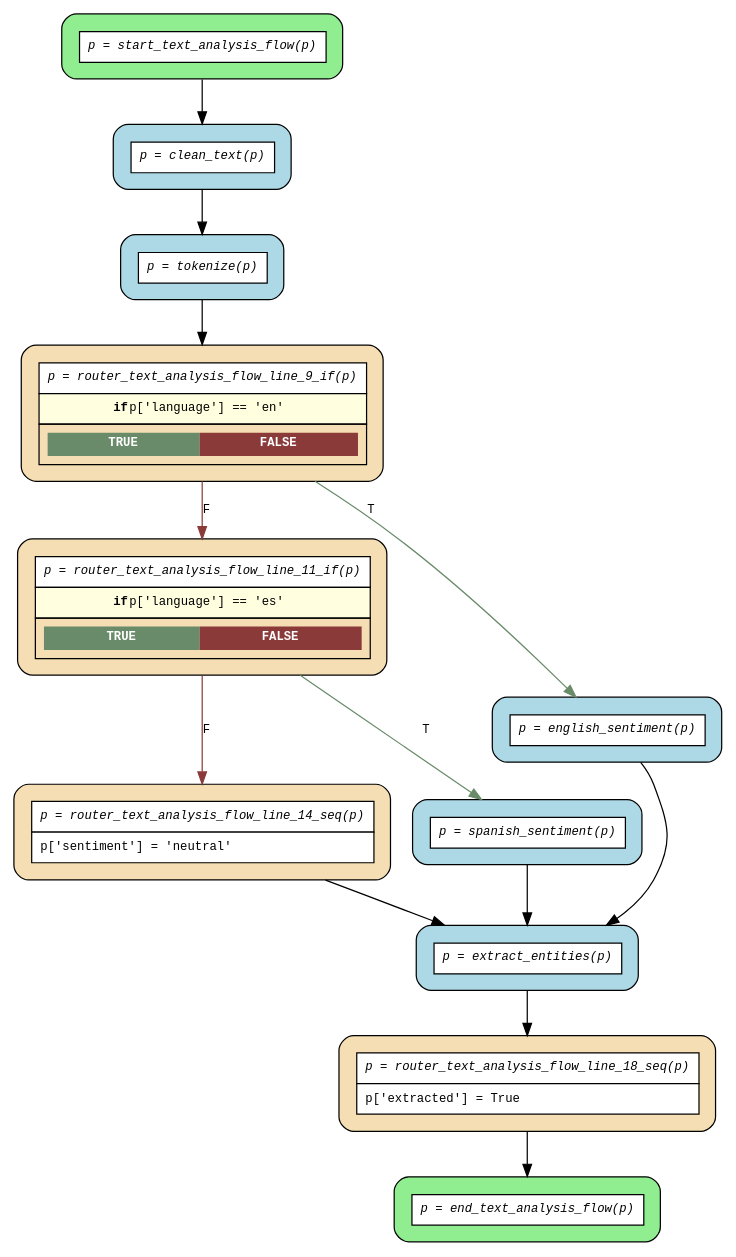
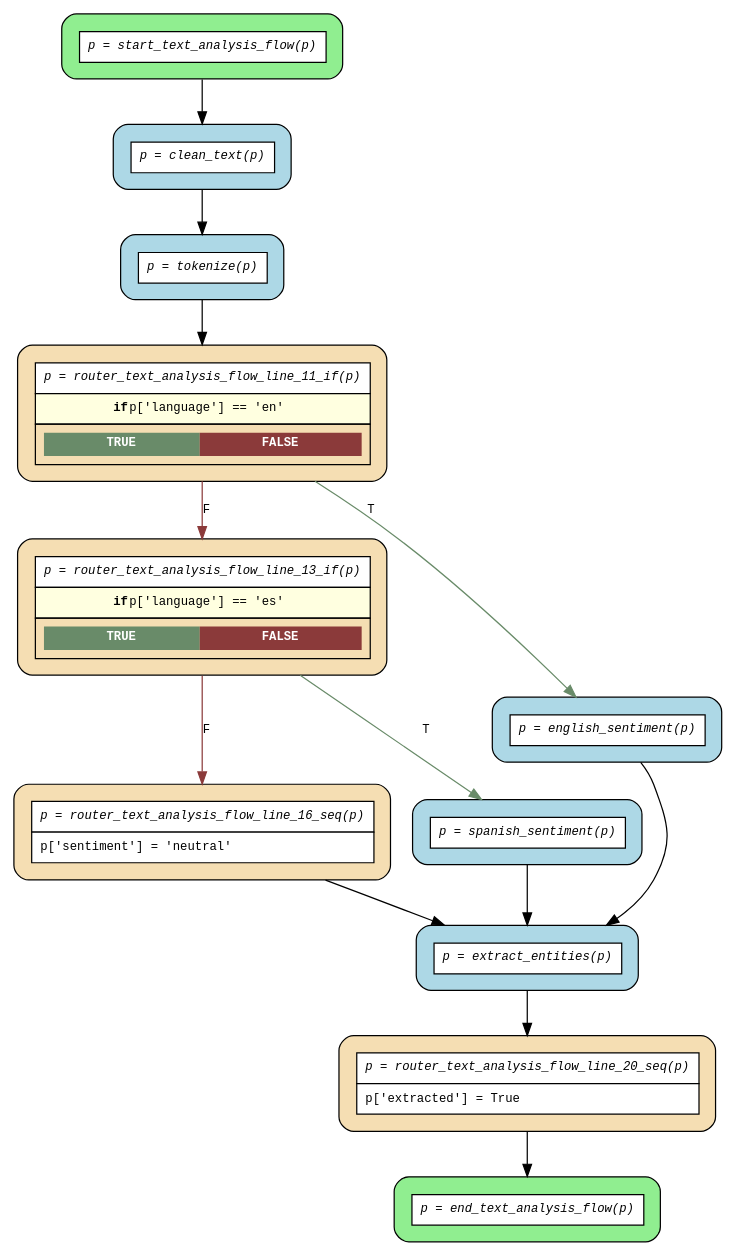
One commit to deliveryhero/asya changed the diagram in docs/img/flows/compiled/text_analysis_flow/flow.dot. Above: the diagram before and after it, drawn with Graphviz. The commit also changed 9 other files, not shown here.

```diff
--- a/docs/img/flows/compiled/text_analysis_flow/flow.dot
+++ b/docs/img/flows/compiled/text_analysis_flow/flow.dot
@@ -1,31 +1,31 @@
 digraph flow {
   rankdir=TB;
   graph [fontname="Courier", fontsize=10];
   node [fontname="Courier", fontsize=10, shape=box, style="filled,rounded", margin="0.2"];
   edge [fontname="Courier", fontsize=10];
 
   start_text_analysis_flow [fillcolor="lightgreen", group="main", label=<<table border="0" cellspacing="0" cellpadding="6" cellborder="1"><tr><td bgcolor="white" align="center"><i>p = start_text_analysis_flow(p)</i></td></tr></table>>];
-  router_text_analysis_flow_line_14_seq [fillcolor="wheat", group="main", label=<<table border="0" cellspacing="0" cellpadding="6" cellborder="1"><tr><td bgcolor="white" align="center"><i>p = router_text_analysis_flow_line_14_seq(p)</i></td></tr><tr><td bgcolor="white" align="left">p['sentiment'] = 'neutral'</td></tr></table>>];
-  router_text_analysis_flow_line_11_if [fillcolor="wheat", group="main", label=<<table border="0" cellspacing="0" cellpadding="6" cellborder="1"><tr><td bgcolor="white" align="center"><i>p = router_text_analysis_flow_line_11_if(p)</i></td></tr><tr><td bgcolor="lightyellow"><b>if</b> p['language'] == 'es'</td></tr><tr><td><table border="0" cellspacing="0" cellpadding="4"><tr><td bgcolor="darkseagreen4"><font color="white"><b>TRUE</b></font></td><td bgcolor="indianred4"><font color="white"><b>FALSE</b></font></td></tr></table></td></tr></table>>];
-  router_text_analysis_flow_line_18_seq [fillcolor="wheat", group="main", label=<<table border="0" cellspacing="0" cellpadding="6" cellborder="1"><tr><td bgcolor="white" align="center"><i>p = router_text_analysis_flow_line_18_seq(p)</i></td></tr><tr><td bgcolor="white" align="left">p['extracted'] = True</td></tr></table>>];
-  router_text_analysis_flow_line_9_if [fillcolor="wheat", group="main", label=<<table border="0" cellspacing="0" cellpadding="6" cellborder="1"><tr><td bgcolor="white" align="center"><i>p = router_text_analysis_flow_line_9_if(p)</i></td></tr><tr><td bgcolor="lightyellow"><b>if</b> p['language'] == 'en'</td></tr><tr><td><table border="0" cellspacing="0" cellpadding="4"><tr><td bgcolor="darkseagreen4"><font color="white"><b>TRUE</b></font></td><td bgcolor="indianred4"><font color="white"><b>FALSE</b></font></td></tr></table></td></tr></table>>];
+  router_text_analysis_flow_line_16_seq [fillcolor="wheat", group="main", label=<<table border="0" cellspacing="0" cellpadding="6" cellborder="1"><tr><td bgcolor="white" align="center"><i>p = router_text_analysis_flow_line_16_seq(p)</i></td></tr><tr><td bgcolor="white" align="left">p['sentiment'] = 'neutral'</td></tr></table>>];
+  router_text_analysis_flow_line_13_if [fillcolor="wheat", group="main", label=<<table border="0" cellspacing="0" cellpadding="6" cellborder="1"><tr><td bgcolor="white" align="center"><i>p = router_text_analysis_flow_line_13_if(p)</i></td></tr><tr><td bgcolor="lightyellow"><b>if</b> p['language'] == 'es'</td></tr><tr><td><table border="0" cellspacing="0" cellpadding="4"><tr><td bgcolor="darkseagreen4"><font color="white"><b>TRUE</b></font></td><td bgcolor="indianred4"><font color="white"><b>FALSE</b></font></td></tr></table></td></tr></table>>];
+  router_text_analysis_flow_line_20_seq [fillcolor="wheat", group="main", label=<<table border="0" cellspacing="0" cellpadding="6" cellborder="1"><tr><td bgcolor="white" align="center"><i>p = router_text_analysis_flow_line_20_seq(p)</i></td></tr><tr><td bgcolor="white" align="left">p['extracted'] = True</td></tr></table>>];
+  router_text_analysis_flow_line_11_if [fillcolor="wheat", group="main", label=<<table border="0" cellspacing="0" cellpadding="6" cellborder="1"><tr><td bgcolor="white" align="center"><i>p = router_text_analysis_flow_line_11_if(p)</i></td></tr><tr><td bgcolor="lightyellow"><b>if</b> p['language'] == 'en'</td></tr><tr><td><table border="0" cellspacing="0" cellpadding="4"><tr><td bgcolor="darkseagreen4"><font color="white"><b>TRUE</b></font></td><td bgcolor="indianred4"><font color="white"><b>FALSE</b></font></td></tr></table></td></tr></table>>];
   end_text_analysis_flow [fillcolor="lightgreen", group="main", label=<<table border="0" cellspacing="0" cellpadding="6" cellborder="1"><tr><td bgcolor="white" align="center"><i>p = end_text_analysis_flow(p)</i></td></tr></table>>];
   clean_text [fillcolor="lightblue", label=<<table border="0" cellspacing="0" cellpadding="6" cellborder="1"><tr><td bgcolor="white" align="center"><i>p = clean_text(p)</i></td></tr></table>>];
   english_sentiment [fillcolor="lightblue", label=<<table border="0" cellspacing="0" cellpadding="6" cellborder="1"><tr><td bgcolor="white" align="center"><i>p = english_sentiment(p)</i></td></tr></table>>];
   extract_entities [fillcolor="lightblue", label=<<table border="0" cellspacing="0" cellpadding="6" cellborder="1"><tr><td bgcolor="white" align="center"><i>p = extract_entities(p)</i></td></tr></table>>];
   spanish_sentiment [fillcolor="lightblue", label=<<table border="0" cellspacing="0" cellpadding="6" cellborder="1"><tr><td bgcolor="white" align="center"><i>p = spanish_sentiment(p)</i></td></tr></table>>];
   tokenize [fillcolor="lightblue", label=<<table border="0" cellspacing="0" cellpadding="6" cellborder="1"><tr><td bgcolor="white" align="center"><i>p = tokenize(p)</i></td></tr></table>>];
 
   clean_text -> tokenize;
   english_sentiment -> extract_entities;
-  extract_entities -> router_text_analysis_flow_line_18_seq;
-  router_text_analysis_flow_line_11_if -> router_text_analysis_flow_line_14_seq [label="F", color=indianred4];
-  router_text_analysis_flow_line_11_if -> spanish_sentiment [label="T", color=darkseagreen4];
-  router_text_analysis_flow_line_14_seq -> extract_entities;
-  router_text_analysis_flow_line_18_seq -> end_text_analysis_flow;
-  router_text_analysis_flow_line_9_if -> english_sentiment [label="T", color=darkseagreen4];
-  router_text_analysis_flow_line_9_if -> router_text_analysis_flow_line_11_if [label="F", color=indianred4];
+  extract_entities -> router_text_analysis_flow_line_20_seq;
+  router_text_analysis_flow_line_11_if -> english_sentiment [label="T", color=darkseagreen4];
+  router_text_analysis_flow_line_11_if -> router_text_analysis_flow_line_13_if [label="F", color=indianred4];
+  router_text_analysis_flow_line_13_if -> router_text_analysis_flow_line_16_seq [label="F", color=indianred4];
+  router_text_analysis_flow_line_13_if -> spanish_sentiment [label="T", color=darkseagreen4];
+  router_text_analysis_flow_line_16_seq -> extract_entities;
+  router_text_analysis_flow_line_20_seq -> end_text_analysis_flow;
   spanish_sentiment -> extract_entities;
   start_text_analysis_flow -> clean_text;
-  tokenize -> router_text_analysis_flow_line_9_if;
+  tokenize -> router_text_analysis_flow_line_11_if;
 }
```
